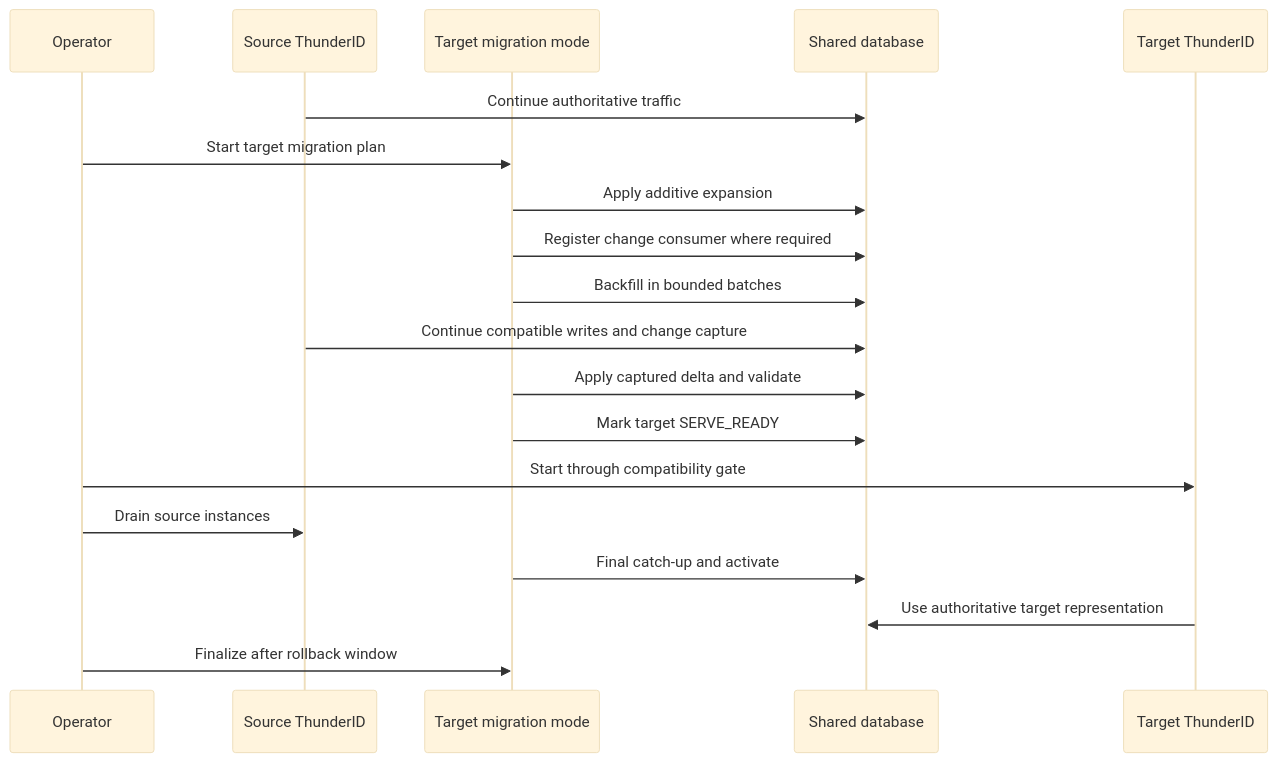
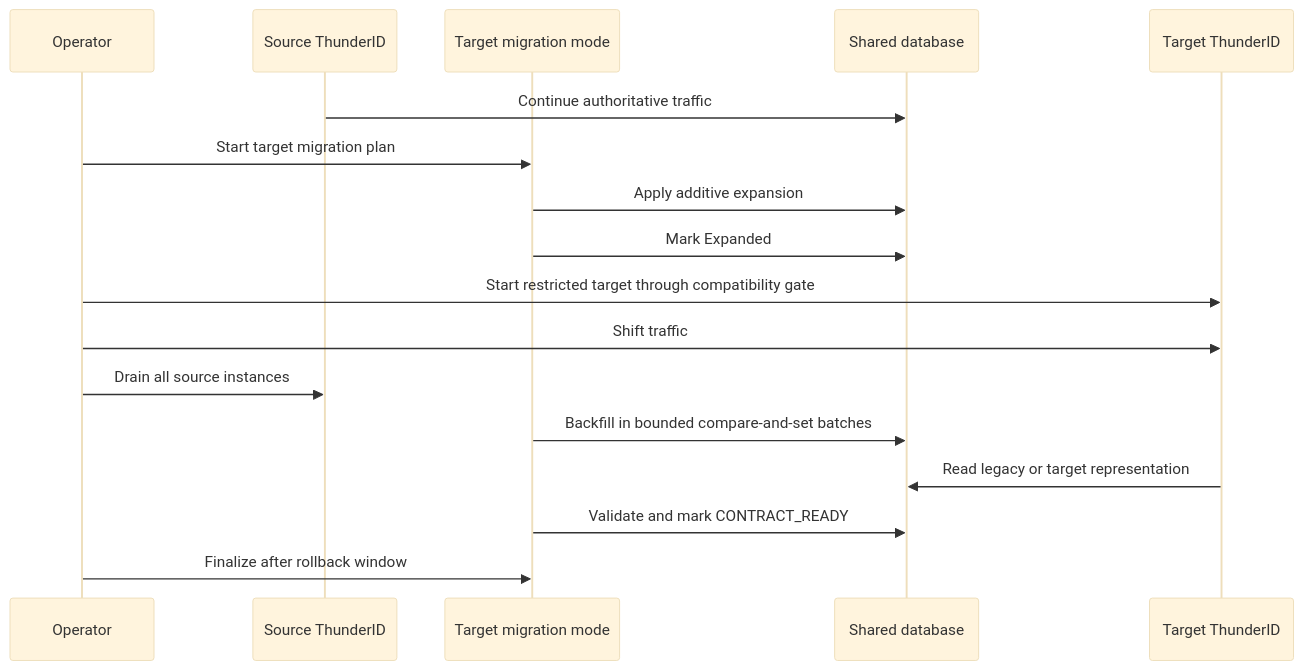
One commit to ZiyamSanthosh/thunderid changed the diagram in zero-downtime-migration-final-decision.md. Above: the diagram before and after it, drawn with Mermaid (base theme). The commit also changed other lines of this file and 32 other files, not shown here.

````diff
--- a/zero-downtime-migration-final-decision.md
+++ b/zero-downtime-migration-final-decision.md
@@ -332,22 +333,20 @@
 ```mermaid
 sequenceDiagram
     participant Operator
     participant Old as Source ThunderID
     participant Migrator as Target migration mode
     participant DB as Shared database
     participant New as Target ThunderID
 
     Old->>DB: Continue authoritative traffic
     Operator->>Migrator: Start target migration plan
     Migrator->>DB: Apply additive expansion
-    Migrator->>DB: Register change consumer where required
-    Migrator->>DB: Backfill in bounded batches
-    Old->>DB: Continue compatible writes and change capture
-    Migrator->>DB: Apply captured delta and validate
-    Migrator->>DB: Mark target SERVE_READY
-    Operator->>New: Start through compatibility gate
-    Operator->>Old: Drain source instances
-    Migrator->>DB: Final catch-up and activate
-    New->>DB: Use authoritative target representation
+    Migrator->>DB: Mark Expanded
+    Operator->>New: Start restricted target through compatibility gate
+    Operator->>New: Shift traffic
+    Operator->>Old: Drain all source instances
+    Migrator->>DB: Backfill in bounded compare-and-set batches
+    New->>DB: Read legacy or target representation
+    Migrator->>DB: Validate and mark CONTRACT_READY
     Operator->>Migrator: Finalize after rollback window
 ```
````
